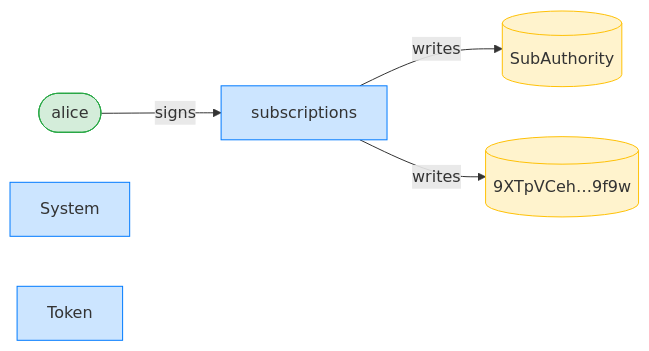
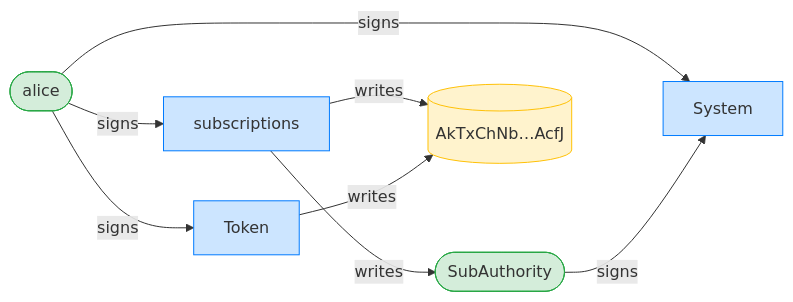
One commit to cds-rs/subscriptions changed the third of 8 diagrams in dsl_tests/recurring-transfer-over-a-stale-version-delegation-is-refused.md. Above: the diagram before and after it, drawn with Mermaid. The commit also changed other lines of this file and 224 other files, not shown here.

````diff
--- a/dsl_tests/recurring-transfer-over-a-stale-version-delegation-is-refused.md
+++ b/dsl_tests/recurring-transfer-over-a-stale-version-delegation-is-refused.md
@@ -55,15 +56,19 @@
 ```mermaid
 flowchart LR
     classDef signer fill:#d4edda,stroke:#28a745;
     classDef program fill:#cce5ff,stroke:#007bff;
     classDef writable fill:#fff3cd,stroke:#ffc107;
     subscriptions[subscriptions]:::program
     alice([alice]):::signer
-    SubAuthority[(SubAuthority)]:::writable
-    9XTpVCeh_9f9w[("9XTpVCeh…9f9w")]:::writable
+    SubAuthority([SubAuthority]):::signer
+    AkTxChNb_AcfJ[("AkTxChNb…AcfJ")]:::writable
     System[System]:::program
     Token[Token]:::program
     alice -->|signs| subscriptions
+    alice -->|signs| System
+    SubAuthority -->|signs| System
+    alice -->|signs| Token
     subscriptions -->|writes| SubAuthority
-    subscriptions -->|writes| 9XTpVCeh_9f9w
+    subscriptions -->|writes| AkTxChNb_AcfJ
+    Token -->|writes| AkTxChNb_AcfJ
 ```
````
